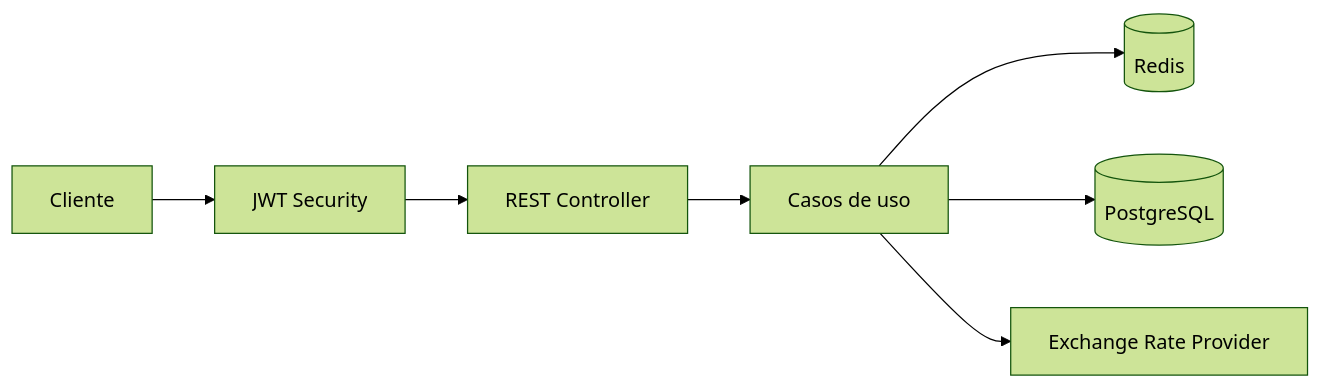
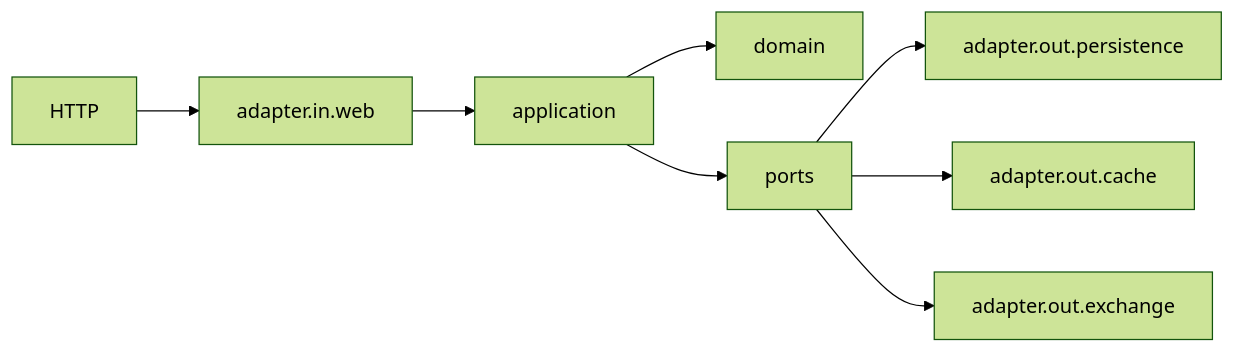
One commit to apiscog/products-mango changed the diagram in README.md. Above: the diagram before and after it, drawn with Mermaid (forest theme). The commit also changed other lines of this file, not shown here.

````diff
--- a/README.md
+++ b/README.md
@@ -80,9 +249,10 @@
 ```mermaid
 flowchart LR
-    Client[Cliente] --> Security[JWT Security]
-    Security --> Web[REST Controller]
-    Web --> Application[Casos de uso]
-    Application --> Cache[(Redis)]
-    Application --> Database[(PostgreSQL)]
-    Application --> Exchange[Exchange Rate Provider]
+    HTTP[HTTP] --> Web[adapter.in.web]
+    Web --> App[application]
+    App --> Domain[domain]
+    App --> Ports[ports]
+    Ports --> Persistence[adapter.out.persistence]
+    Ports --> Cache[adapter.out.cache]
+    Ports --> Exchange[adapter.out.exchange]
 ```
````
